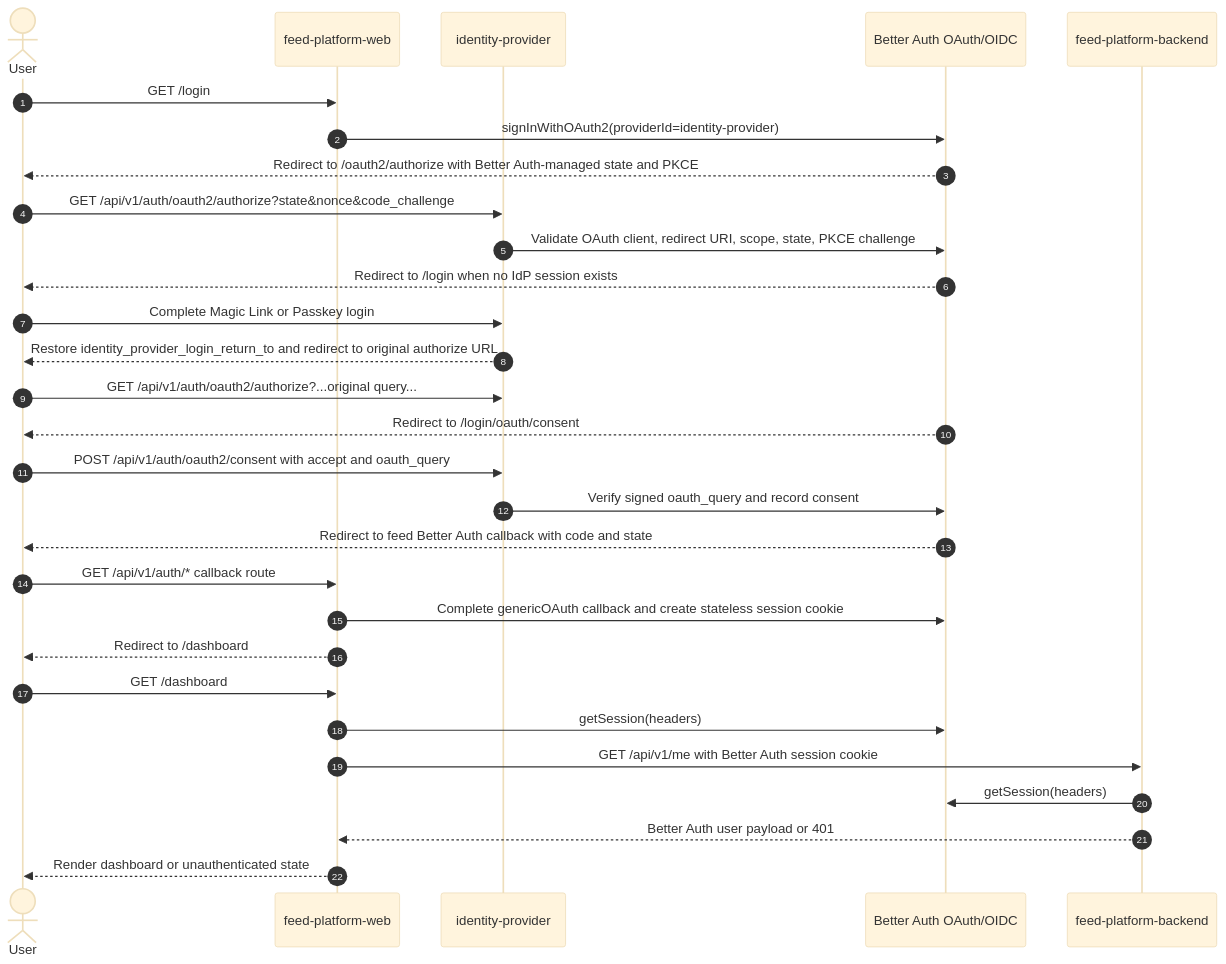
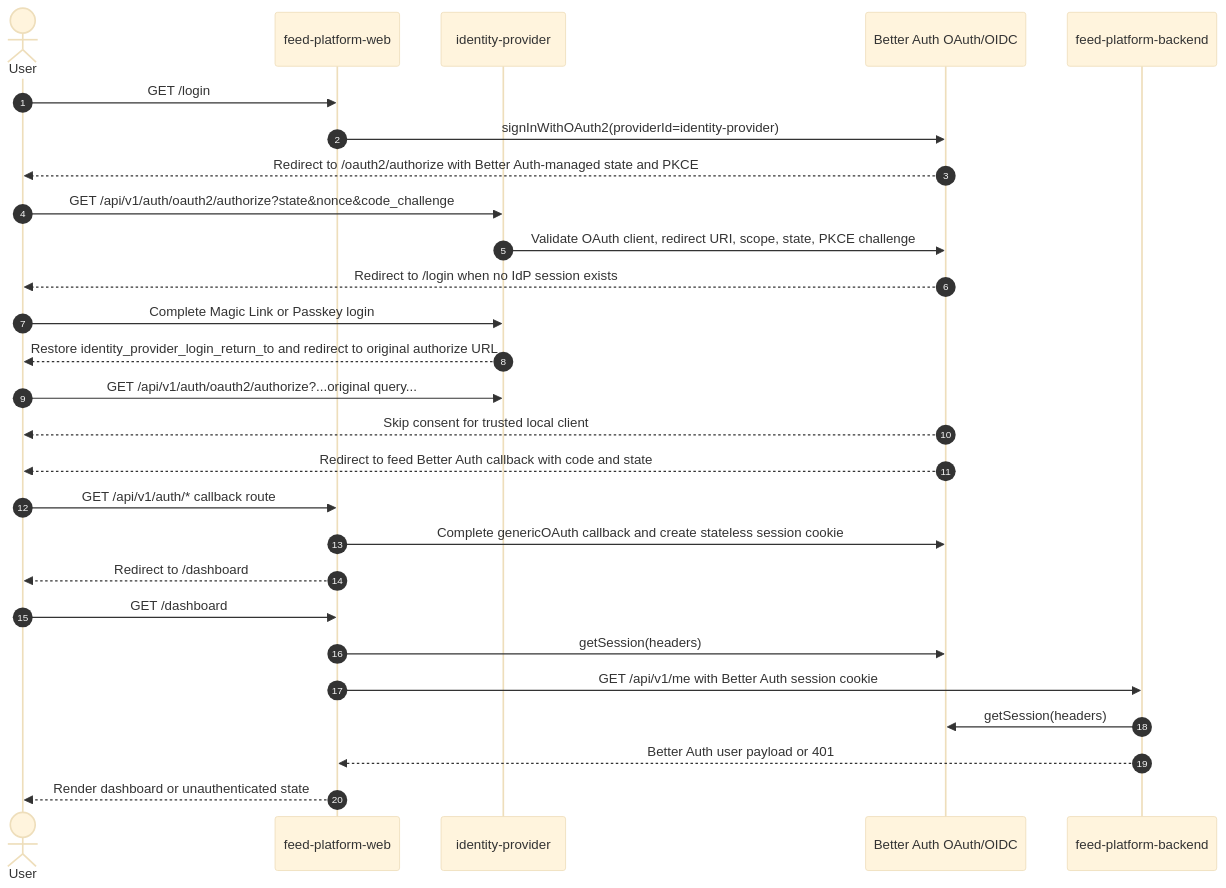
The diagram in js/app/identity-provider/docs/auth-flow.md (totto2727-org/monorepo), drawn with Mermaid (base theme) before and after one commit. The commit also changed other lines of this file and 5 other files, not shown here.

Commit message:
refactor(identity-provider): remove oauth consent ui

````diff
--- a/js/app/identity-provider/docs/auth-flow.md
+++ b/js/app/identity-provider/docs/auth-flow.md
@@ -32,32 +32,30 @@
 ```mermaid
 sequenceDiagram
   autonumber
   actor User
   participant Web as feed-platform-web
   participant IdP as identity-provider
   participant BetterAuth as Better Auth OAuth/OIDC
   participant Backend as feed-platform-backend
 
   User->>Web: GET /login
   Web->>BetterAuth: signInWithOAuth2(providerId=identity-provider)
   BetterAuth-->>User: Redirect to /oauth2/authorize with Better Auth-managed state and PKCE
   User->>IdP: GET /api/v1/auth/oauth2/authorize?state&nonce&code_challenge
   IdP->>BetterAuth: Validate OAuth client, redirect URI, scope, state, PKCE challenge
   BetterAuth-->>User: Redirect to /login when no IdP session exists
   User->>IdP: Complete Magic Link or Passkey login
   IdP-->>User: Restore identity_provider_login_return_to and redirect to original authorize URL
   User->>IdP: GET /api/v1/auth/oauth2/authorize?...original query...
-  BetterAuth-->>User: Redirect to /login/oauth/consent
-  User->>IdP: POST /api/v1/auth/oauth2/consent with accept and oauth_query
-  IdP->>BetterAuth: Verify signed oauth_query and record consent
+  BetterAuth-->>User: Skip consent for trusted local client
   BetterAuth-->>User: Redirect to feed Better Auth callback with code and state
   User->>Web: GET /api/v1/auth/* callback route
   Web->>BetterAuth: Complete genericOAuth callback and create stateless session cookie
   Web-->>User: Redirect to /dashboard
   User->>Web: GET /dashboard
   Web->>BetterAuth: getSession(headers)
   Web->>Backend: GET /api/v1/me with Better Auth session cookie
   Backend->>BetterAuth: getSession(headers)
   Backend-->>Web: Better Auth user payload or 401
   Web-->>User: Render dashboard or unauthenticated state
 ```
````
